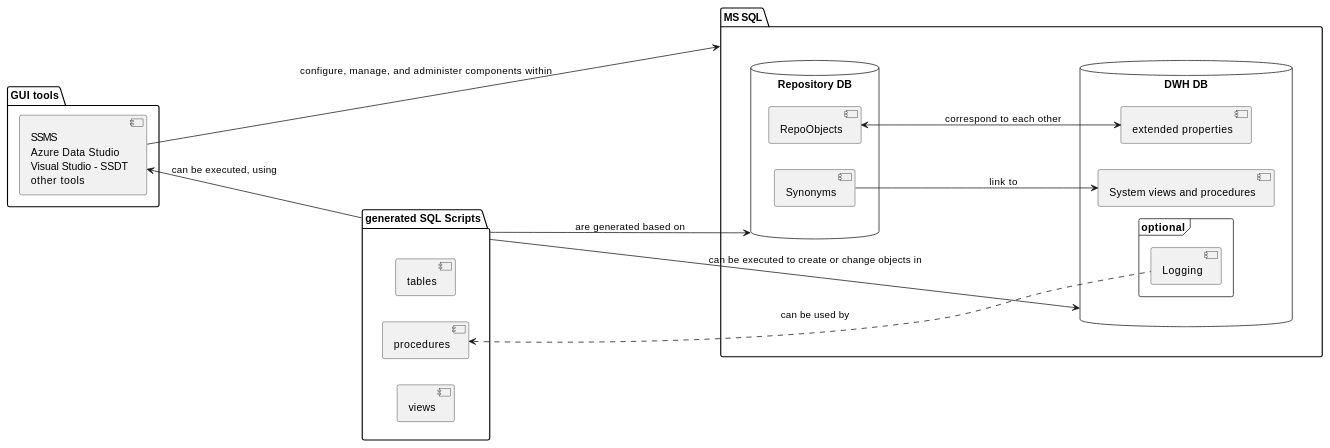
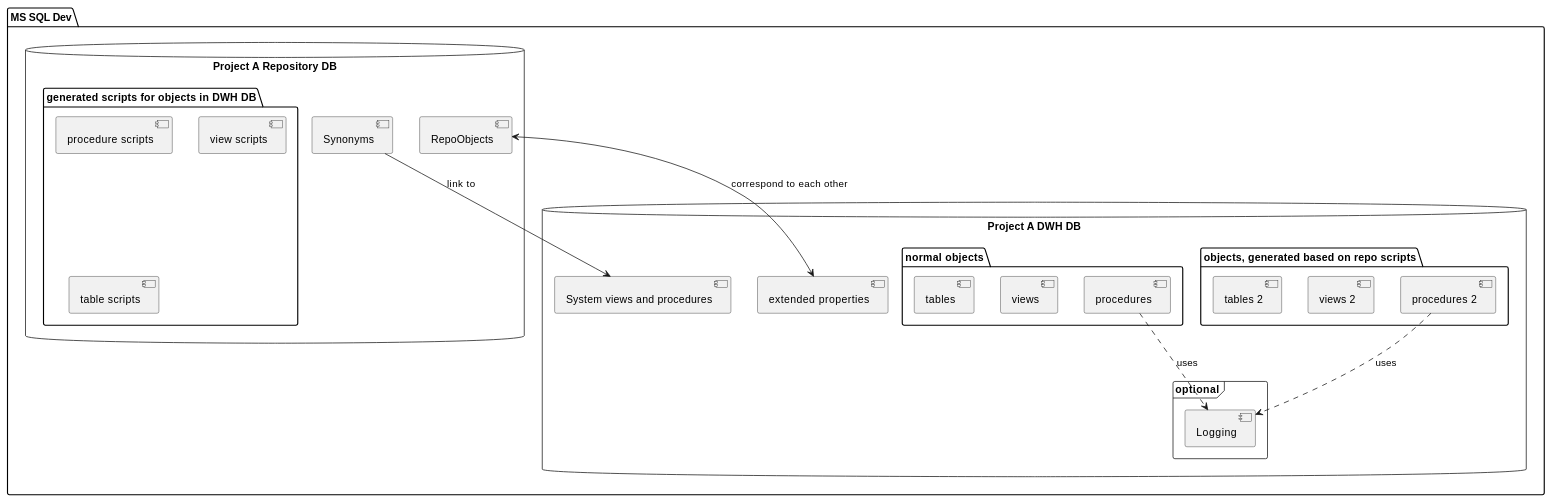
One commit to DataHandwerk/DataHandwerk-toolkit-mssql changed the second of 2 diagrams in docs/src/03_system_scope_and_context.adoc. Above: the diagram before and after it, drawn with PlantUML. The commit also changed other lines of this file and 15 other files, not shown here.

```diff
--- a/docs/src/03_system_scope_and_context.adoc
+++ b/docs/src/03_system_scope_and_context.adoc
@@ -35,46 +87,61 @@
-[plantuml, technical-context, svg]
+[plantuml, dhw-technical-context, svg]
 ....
-left to right direction
+' left to right direction
 skinparam componentStyle uml2
 
-package "MS SQL" as ms_sql {
-  database "Repository DB" as repo_db {
+package "MS SQL Dev" as mssql_dev {
+  database "Project A Repository DB" as project_a_repo_db {
     [Synonyms] as repo_syn
     [RepoObjects] as repo_object
 '    [Index virtual]
 '    [Reference virtual]
 '    [other tools]
+    package "generated scripts for objects in DWH DB" as project_a_scripts {
+      [procedure scripts]
+      [view scripts]
+      [table scripts]
+    }
   }
-  database  "DWH DB" as dwh_db {
+  database  "Project A DWH DB" as project_a_dwh_db {
     [System views and procedures] as dwh_sys
     [extended properties] as dwh_ep
     frame "optional" {
       [Logging] as dwh_logging
     }
+    package "objects, generated based on repo scripts" as project_a_generated_objects {
+        [procedures 2]
+        [views 2]
+        [tables 2]
+    }
+    package "normal objects" as project_a_objects {
+        [procedures]
+        [views]
+        [tables]
+    }
   }
 }
-package "generated SQL Scripts" as scripts {
-  [tables]
-  [procedures]
-  [views]
-}
 
-package "GUI tools" as gui_tools {
-  component tools [
-    SSMS
-    Azure Data Studio
-    Visual Studio - SSDT
-    other tools
-  ]
-}
+' package "GUI tools" as gui_tools {
+'   component tools [
+'     SSMS
+'     Azure Data Studio
+'     Visual Studio - SSDT
+'     other tools
+'   ]
+' }
 
-repo_syn --> dwh_sys : link to
-repo_object <--> dwh_ep    : correspond to each other
-scripts --> repo_db        : are generated based on
-scripts --> dwh_db         : can be executed to create or change objects in
-procedures <.. dwh_logging : can be used by
-tools --> ms_sql           : configure, manage, and administer components within
-'tools --> repo_db         : configure, manage, and administer components within
-'tools --> dwh_db          : configure, manage, and administer components within
-tools <-- scripts          : can be executed, using
+repo_syn --> dwh_sys                      : link to
+repo_object <--> dwh_ep                   : correspond to each other
+' project_a_scripts --> project_a_repo_db   : are generated based on
+' project_a_scripts --> project_a_dwh_db    : can be executed to create or change objects in
+' project_a_scripts <-- project_a_generated_objects    : created, using
+[procedures 2] ..> dwh_logging                : uses
+[procedures] ..> dwh_logging                : uses
+
+' procedures --> [procedure scripts]
+' tables --> [table scripts]
+' views --> [view scripts]
+
+' tools --> mssql_dev                       : configure, manage, and administer components within
+' tools <-- project_a_scripts               : can be executed, using
 ....
```
